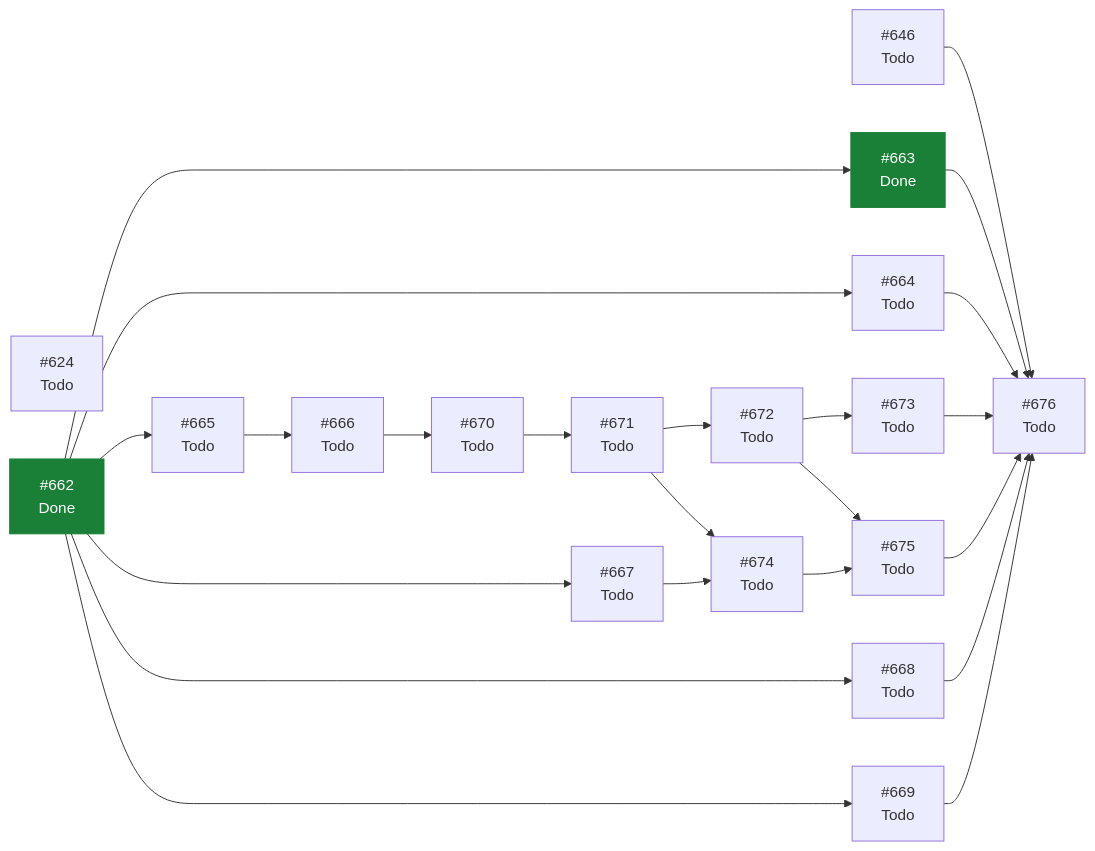
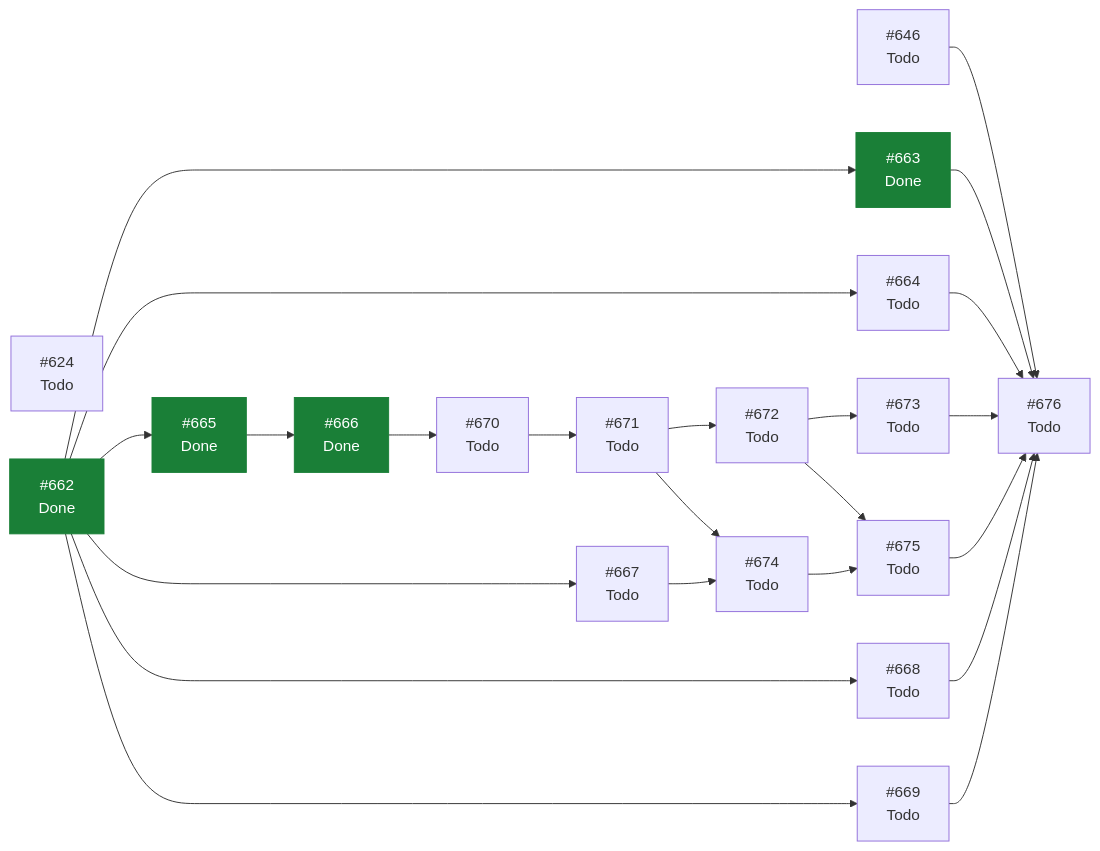
The diagram in docs/planning/STATUS.md (ecamp0s/evault), drawn with Mermaid before and after one commit. The commit also changed other lines of this file, not shown here.

````diff
--- a/docs/planning/STATUS.md
+++ b/docs/planning/STATUS.md
@@ -118,44 +118,44 @@
 ```mermaid
 graph LR
   I624["#624<br/>Todo"]
   I646["#646<br/>Todo"]
   I662["#662<br/>Done"]
   I663["#663<br/>Done"]
   I664["#664<br/>Todo"]
-  I665["#665<br/>Todo"]
-  I666["#666<br/>Todo"]
+  I665["#665<br/>Done"]
+  I666["#666<br/>Done"]
   I667["#667<br/>Todo"]
   I668["#668<br/>Todo"]
   I669["#669<br/>Todo"]
   I670["#670<br/>Todo"]
   I671["#671<br/>Todo"]
   I672["#672<br/>Todo"]
   I673["#673<br/>Todo"]
   I674["#674<br/>Todo"]
   I675["#675<br/>Todo"]
   I676["#676<br/>Todo"]
   I646 --> I676
   I662 --> I663
   I662 --> I664
   I662 --> I665
   I662 --> I667
   I662 --> I668
   I662 --> I669
   I663 --> I676
   I664 --> I676
   I665 --> I666
   I666 --> I670
   I667 --> I674
   I668 --> I676
   I669 --> I676
   I670 --> I671
   I671 --> I672
   I671 --> I674
   I672 --> I673
   I672 --> I675
   I673 --> I676
   I674 --> I675
   I675 --> I676
   classDef hecho fill:#1a7f37,stroke:#1a7f37,color:#fff;
-  class I662,I663 hecho;
+  class I662,I663,I665,I666 hecho;
 ```
````
